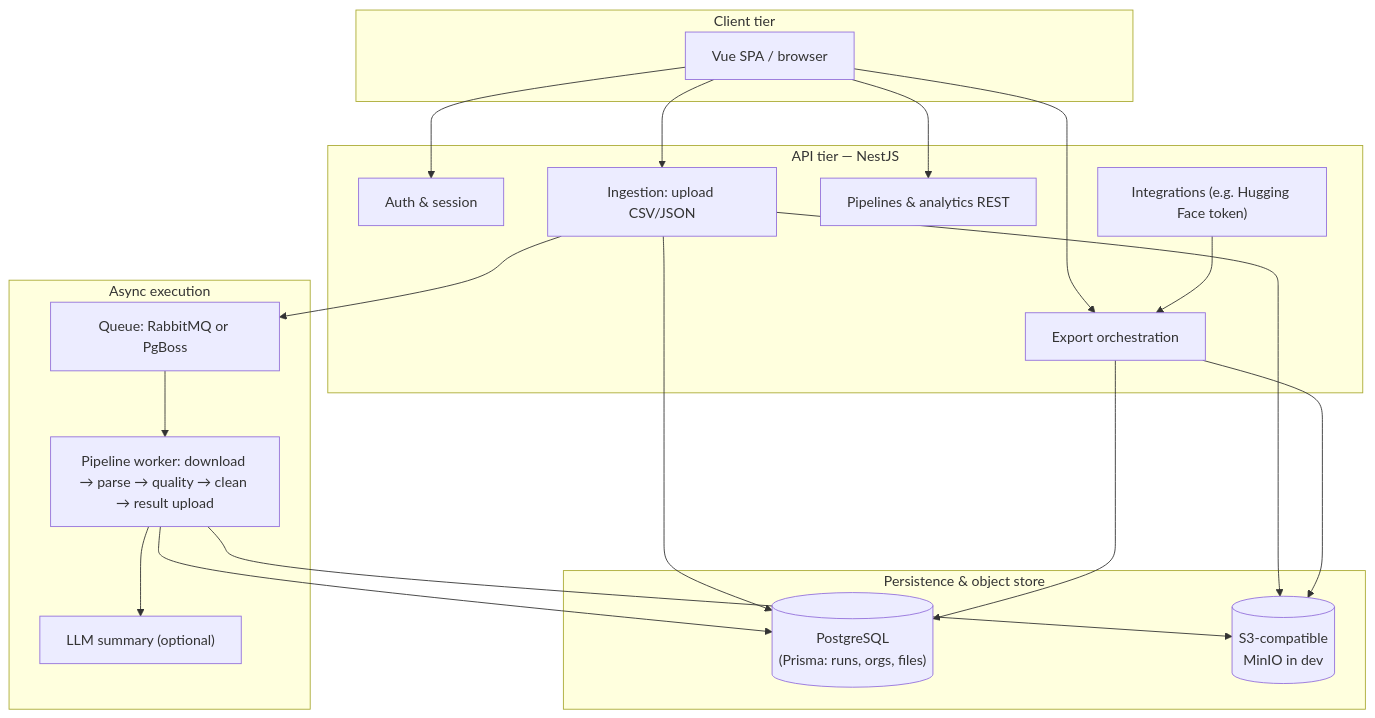
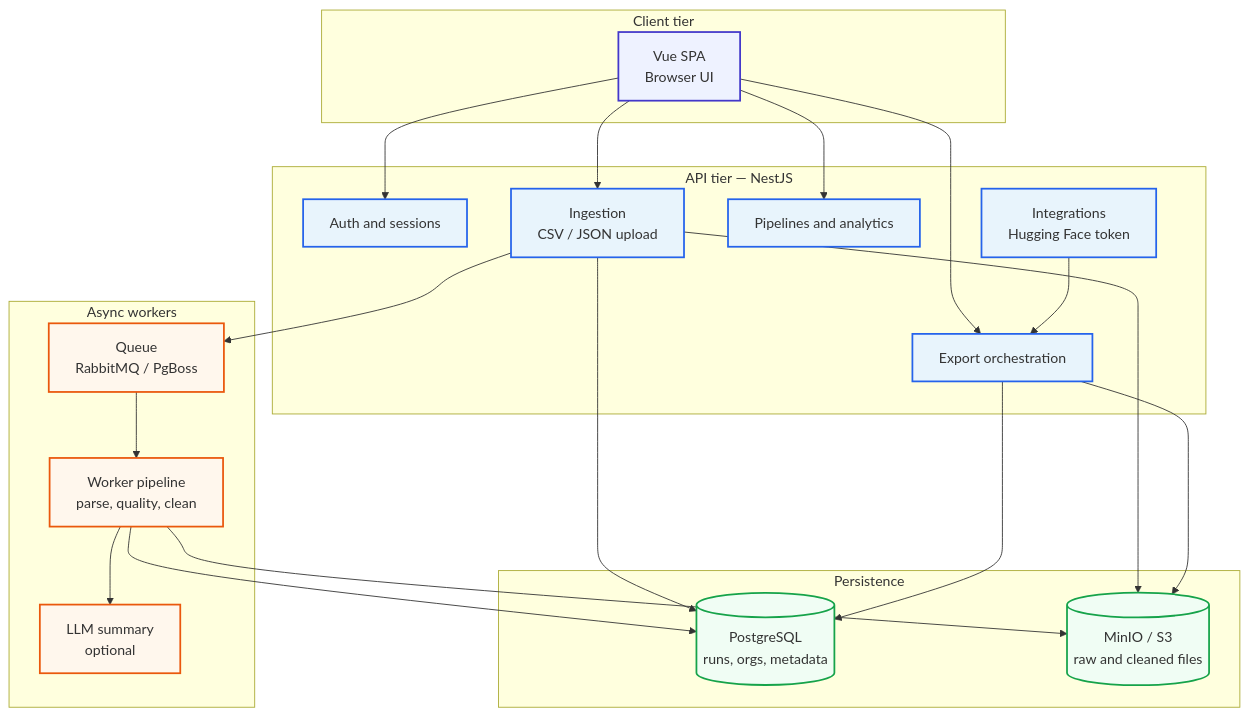
Before and after one commit to maulerrr/flowmatic: the diagram in thesis/figures/architecture/01-batch-upload-pipeline.mmd, drawn with Mermaid. The commit also changed 85 other files, not shown here.

```diff
--- a/thesis/figures/architecture/01-batch-upload-pipeline.mmd
+++ b/thesis/figures/architecture/01-batch-upload-pipeline.mmd
@@ -1,39 +1,48 @@
-%% Flowmatic: tabular batch upload pipeline (NestJS). Render: mmdc -i 01-batch-upload-pipeline.mmd -o 01-batch-upload-pipeline.png
+%% Flowmatic batch upload pipeline. Render: scripts/render-thesis-figures.ps1
 flowchart TB
   subgraph client["Client tier"]
-    FE["Vue SPA / browser"]
+    FE["Vue SPA<br/>Browser UI"]
   end
 
   subgraph api["API tier — NestJS"]
-    AUTH["Auth & session"]
-    ING["Ingestion: upload CSV/JSON"]
-    PIPE_API["Pipelines & analytics REST"]
+    AUTH["Auth and sessions"]
+    ING["Ingestion<br/>CSV / JSON upload"]
+    PIPE["Pipelines and analytics"]
     EXP["Export orchestration"]
-    INT["Integrations (e.g. Hugging Face token)"]
+    INT["Integrations<br/>Hugging Face token"]
   end
 
-  subgraph async["Async execution"]
-    Q["Queue: RabbitMQ or PgBoss"]
-    WORK["Pipeline worker: download → parse → quality → clean → result upload"]
-    LLM["LLM summary (optional)"]
+  subgraph async["Async workers"]
+    Q["Queue<br/>RabbitMQ / PgBoss"]
+    WORK["Worker pipeline<br/>parse, quality, clean"]
+    LLM["LLM summary<br/>optional"]
   end
 
-  subgraph data["Persistence & object store"]
-    PG[("PostgreSQL\n(Prisma: runs, orgs, files)")]
-    S3[("S3-compatible\nMinIO in dev")]
+  subgraph data["Persistence"]
+    PG[("PostgreSQL<br/>runs, orgs, metadata")]
+    S3[("MinIO / S3<br/>raw and cleaned files")]
   end
 
   FE --> AUTH
   FE --> ING
-  FE --> PIPE_API
+  FE --> PIPE
   FE --> EXP
   ING --> S3
   ING --> PG
   ING --> Q
   Q --> WORK
   WORK --> S3
   WORK --> PG
   WORK --> LLM
   EXP --> S3
   EXP --> PG
   INT --> EXP
+
+  classDef clientStyle fill:#EEF2FF,stroke:#4338CA,stroke-width:2px
+  classDef apiStyle fill:#E8F4FC,stroke:#2563EB,stroke-width:2px
+  classDef asyncStyle fill:#FFF7ED,stroke:#EA580C,stroke-width:2px
+  classDef dataStyle fill:#F0FDF4,stroke:#16A34A,stroke-width:2px
+  class FE clientStyle
+  class AUTH,ING,PIPE,EXP,INT apiStyle
+  class Q,WORK,LLM asyncStyle
+  class PG,S3 dataStyle
```
